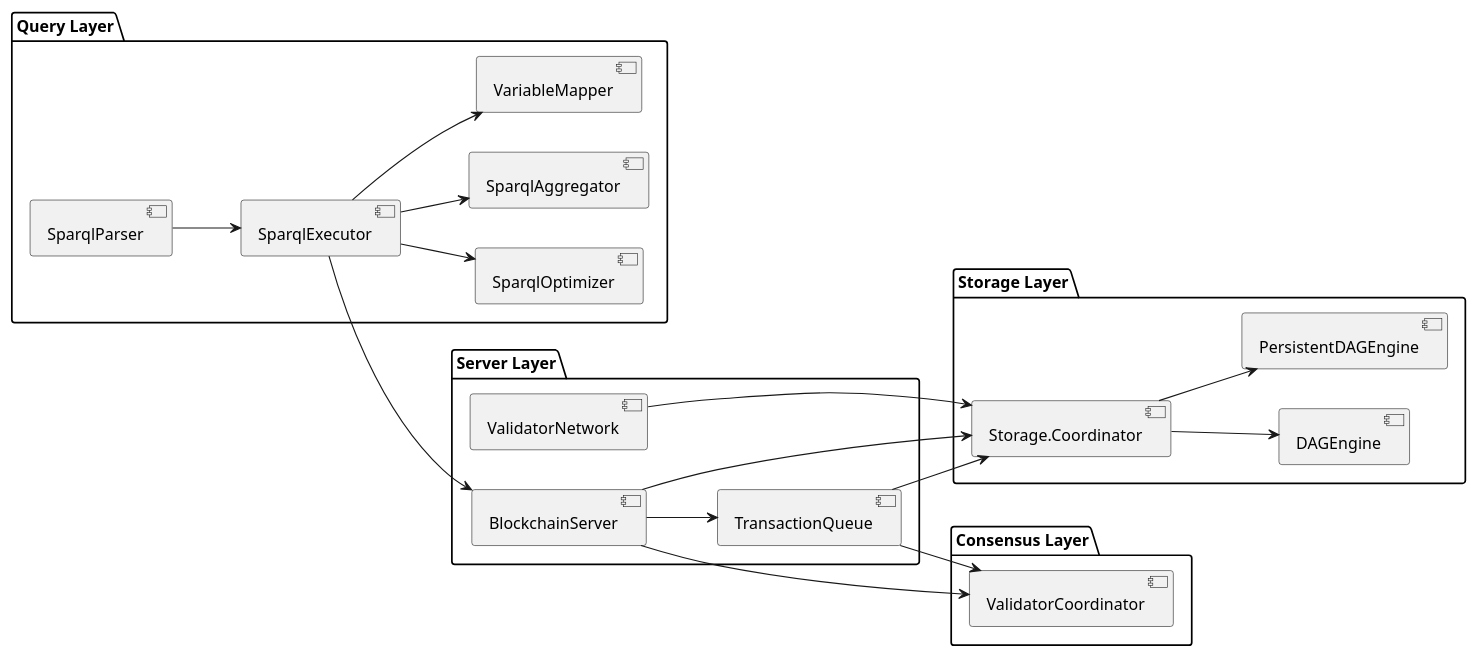
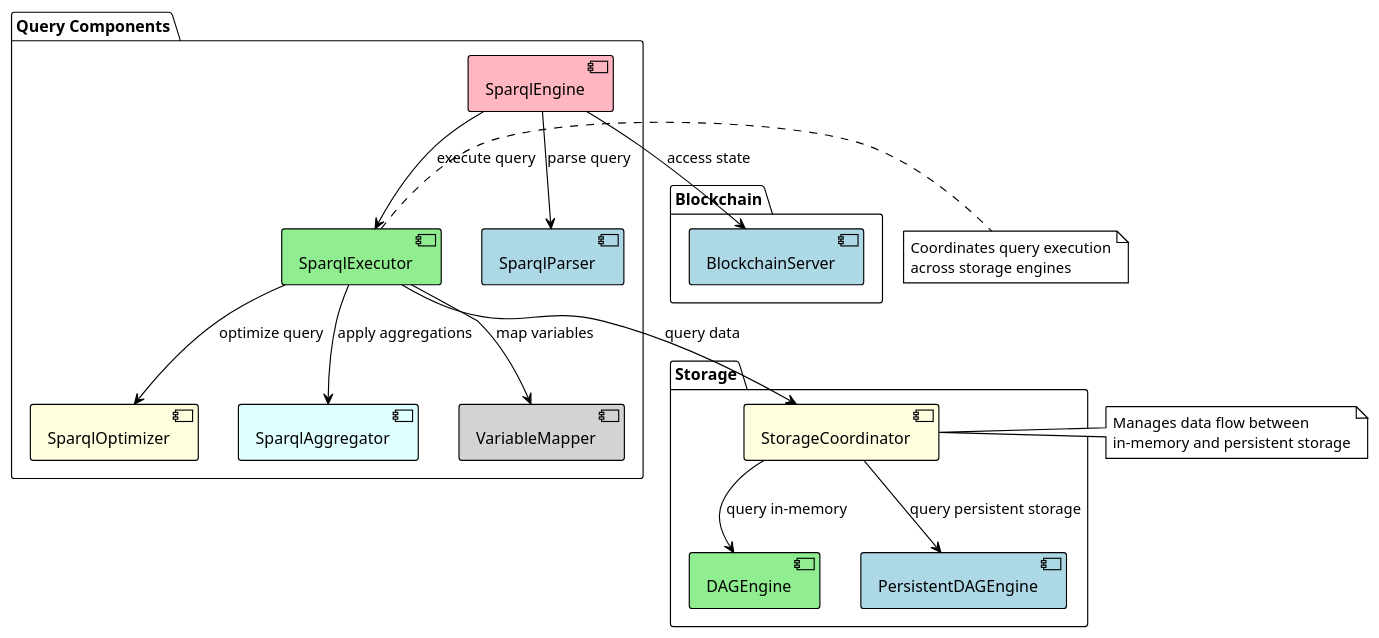
One commit to anusornc/kylix changed the diagram in lib/query/Relation.puml. Above: the diagram before and after it, drawn with PlantUML. The commit also changed 2 other files, not shown here.

Commit message:
add diagram to make more understand

```diff
--- a/lib/query/Relation.puml
+++ b/lib/query/Relation.puml
@@ -1,46 +1,48 @@
-@startuml
-left to right direction
+@startuml KylixQueryFullArchitecture
+!theme plain
 
-package "Query Layer" {
-  [SparqlParser] as SparqlParser
-  [SparqlExecutor] as SparqlExecutor
-  [SparqlOptimizer] as SparqlOptimizer
-  [SparqlAggregator] as SparqlAggregator
-  [VariableMapper] as VariableMapper
+package "Query Components" {
+    [SparqlEngine] #LightPink
+    [SparqlParser] #LightBlue
+    [SparqlExecutor] #LightGreen
+    [SparqlOptimizer] #LightYellow
+    [SparqlAggregator] #LightCyan
+    [VariableMapper] #LightGray
 }
 
-package "Server Layer" {
-  [BlockchainServer] as BlockchainServer
-  [TransactionQueue] as TransactionQueue
-  [ValidatorNetwork] as ValidatorNetwork
+package "Storage" {
+    [StorageCoordinator] #LightYellow
+    [DAGEngine] #LightGreen
+    [PersistentDAGEngine] #LightBlue
 }
 
-package "Storage Layer" {
-  [Storage.Coordinator] as Coordinator
-  [DAGEngine] as DAGEngine
-  [PersistentDAGEngine] as PersistentDAGEngine
+package "Blockchain" {
+    [BlockchainServer] #LightBlue
 }
 
-package "Consensus Layer" {
-  [ValidatorCoordinator] as ValidatorCoordinator
-}
+' Interaction Flows
+SparqlEngine --> SparqlParser : parse query
+SparqlEngine --> SparqlExecutor : execute query
 
-SparqlParser --> SparqlExecutor
-SparqlExecutor --> SparqlOptimizer
-SparqlExecutor --> SparqlAggregator
-SparqlExecutor --> VariableMapper
+SparqlExecutor --> SparqlOptimizer : optimize query
+SparqlExecutor --> SparqlAggregator : apply aggregations
+SparqlExecutor --> VariableMapper : map variables
 
-SparqlExecutor --> BlockchainServer
-BlockchainServer --> TransactionQueue
+SparqlExecutor --> StorageCoordinator : query data
+StorageCoordinator --> DAGEngine : query in-memory
+StorageCoordinator --> PersistentDAGEngine : query persistent storage
 
-BlockchainServer --> Coordinator
-TransactionQueue --> Coordinator
-ValidatorNetwork --> Coordinator
+SparqlEngine --> BlockchainServer : access state
 
-Coordinator --> DAGEngine
-Coordinator --> PersistentDAGEngine
+' Component Responsibilities
+note right of StorageCoordinator
+  Manages data flow between
+  in-memory and persistent storage
+end note
 
-BlockchainServer --> ValidatorCoordinator
-TransactionQueue --> ValidatorCoordinator
+note right of SparqlExecutor
+  Coordinates query execution
+  across storage engines
+end note
 
 @enduml
```
